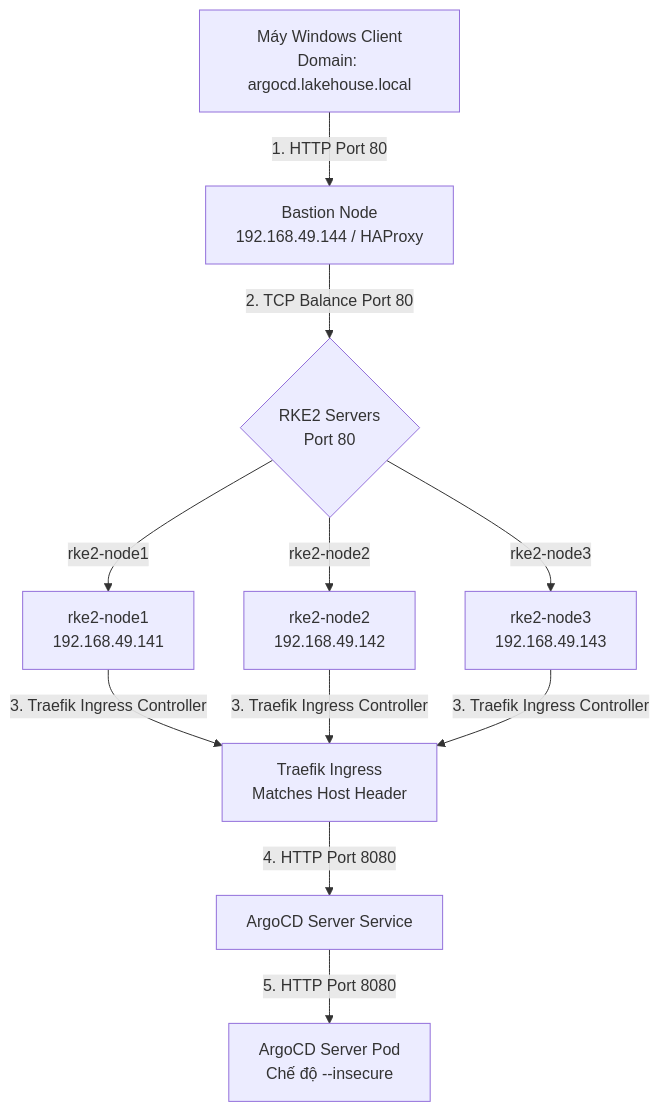
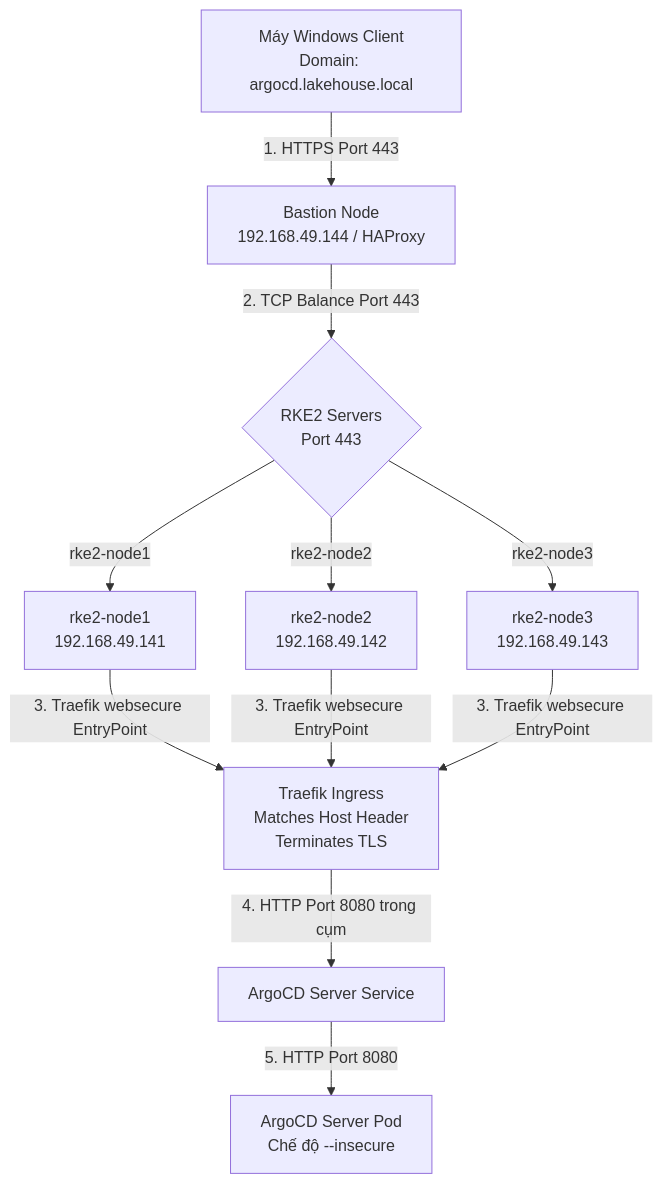
One commit to thinh661/lakehouse_infra changed the diagram in rke2/terraform_argocd/argocd_design.md. Above: the diagram before and after it, drawn with Mermaid. The commit also changed other lines of this file, not shown here.

Commit message:
update: readme for https argocd

````diff
--- a/rke2/terraform_argocd/argocd_design.md
+++ b/rke2/terraform_argocd/argocd_design.md
@@ -21,12 +21,12 @@
 ```mermaid
 graph TD
-    Client[Máy Windows Client<br>Domain: argocd.lakehouse.local] -->|1. HTTP Port 80| Bastion[Bastion Node<br>192.168.49.144 / HAProxy]
-    Bastion -->|2. TCP Balance Port 80| RKE2_Nodes{RKE2 Servers<br>Port 80}
+    Client[Máy Windows Client<br>Domain: argocd.lakehouse.local] -->|1. HTTPS Port 443| Bastion[Bastion Node<br>192.168.49.144 / HAProxy]
+    Bastion -->|2. TCP Balance Port 443| RKE2_Nodes{RKE2 Servers<br>Port 443}
     RKE2_Nodes -->|rke2-node1| Node1[rke2-node1<br>192.168.49.141]
     RKE2_Nodes -->|rke2-node2| Node2[rke2-node2<br>192.168.49.142]
     RKE2_Nodes -->|rke2-node3| Node3[rke2-node3<br>192.168.49.143]
     
-    Node1 & Node2 & Node3 -->|3. Traefik Ingress Controller| Traefik[Traefik Ingress<br>Matches Host Header]
-    Traefik -->|4. HTTP Port 8080| ArgoCDService[ArgoCD Server Service]
+    Node1 & Node2 & Node3 -->|3. Traefik websecure EntryPoint| Traefik[Traefik Ingress<br>Matches Host Header<br>Terminates TLS]
+    Traefik -->|4. HTTP Port 8080 trong cụm| ArgoCDService[ArgoCD Server Service]
     ArgoCDService -->|5. HTTP Port 8080| ArgoCDPod[ArgoCD Server Pod<br>Chế độ --insecure]
 ```
````
